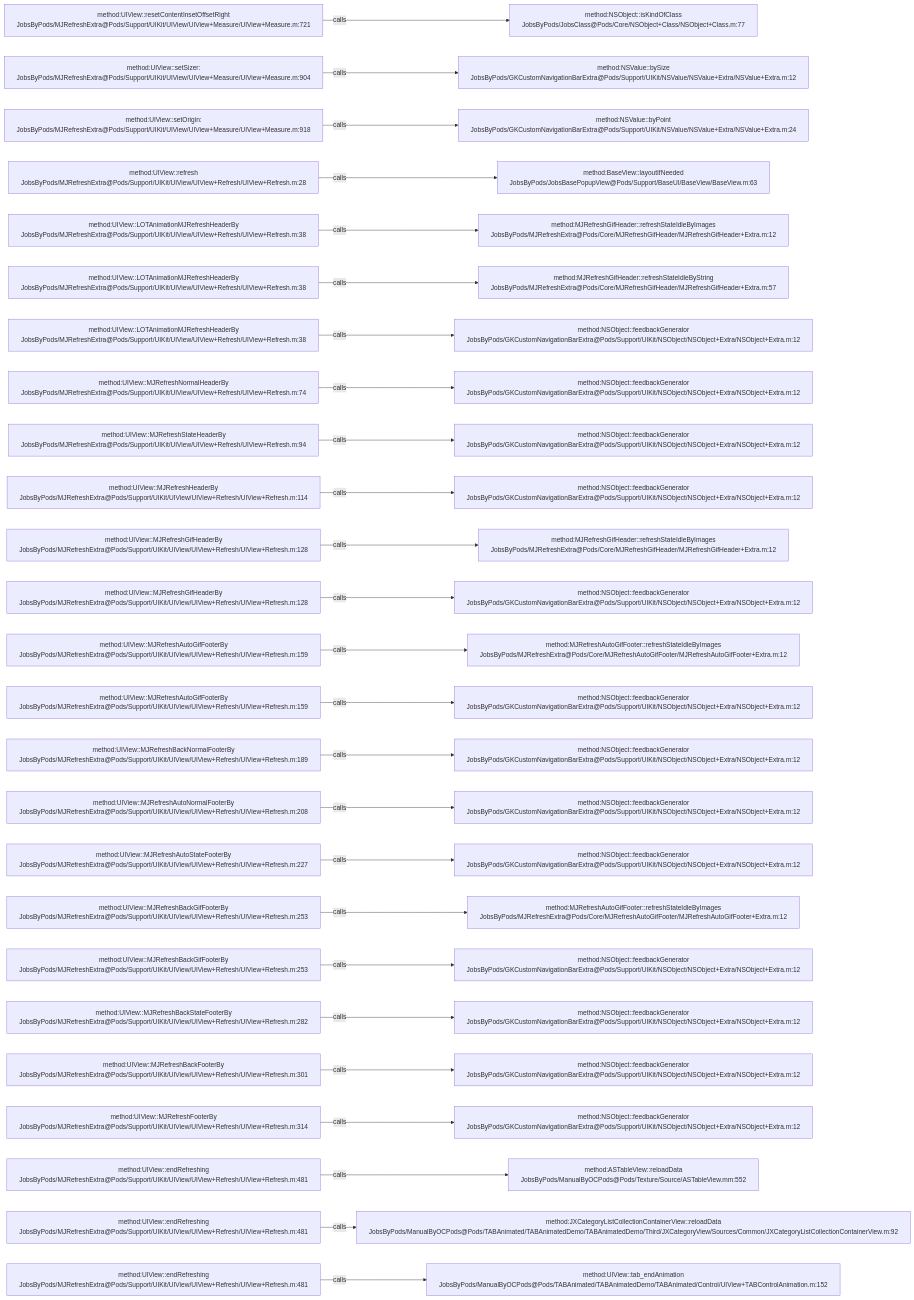
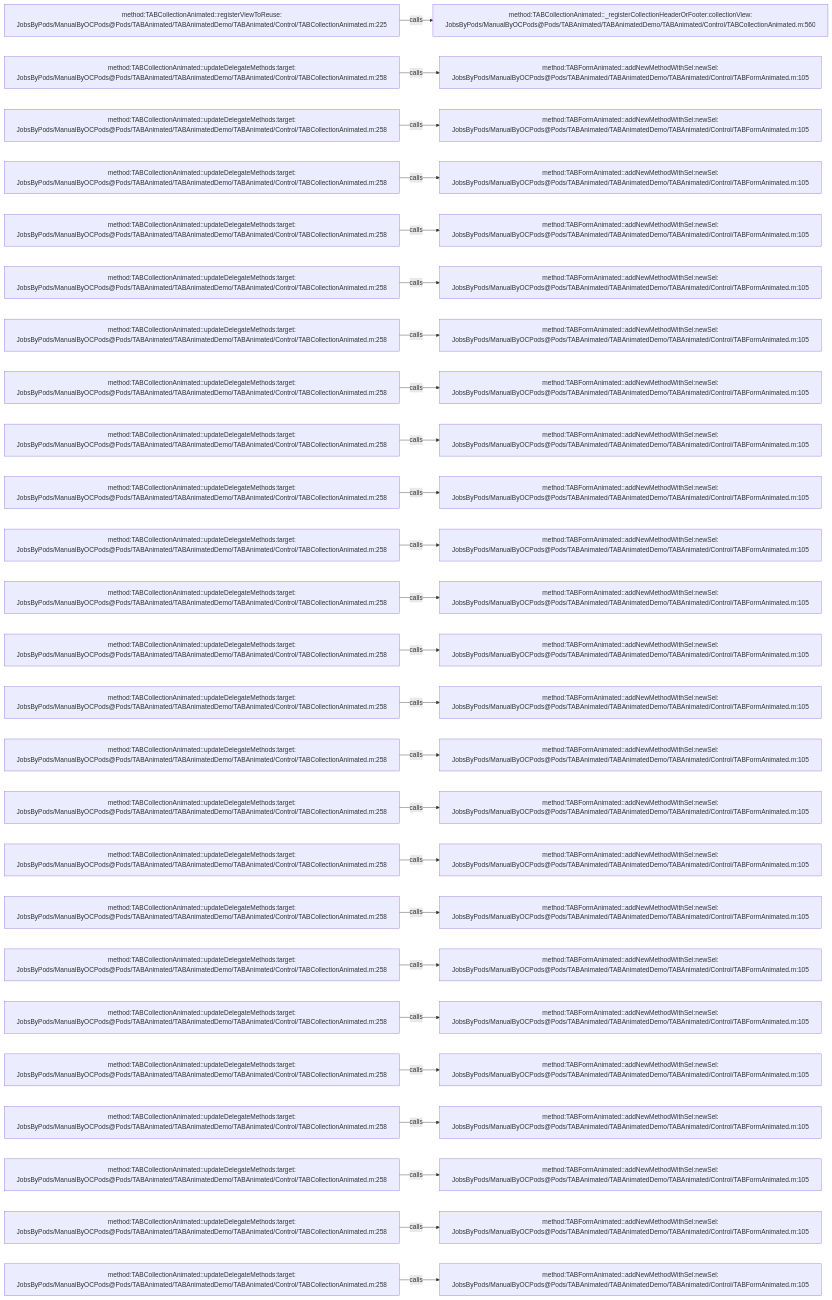
The diagram in .codegraph/codegraph.md/graphs/calls-185.md (JobsKits/JobsOCBaseConfigDemo), drawn with Mermaid before and after one commit. The commit also changed 639 other files, not shown here.

````diff
--- a/.codegraph/codegraph.md/graphs/calls-185.md
+++ b/.codegraph/codegraph.md/graphs/calls-185.md
@@ -13,78 +13,78 @@
 ```mermaid
 flowchart LR
-  S1["method:UIView::resetContentInsetOffsetRight<br/>JobsByPods/MJRefreshExtra@Pods/Support/UIKit/UIView/UIView+Measure/UIView+Measure.m:721"]
-  T1["method:NSObject::isKindOfClass<br/>JobsByPods/JobsClass@Pods/Core/NSObject+Class/NSObject+Class.m:77"]
+  S1["method:TABCollectionAnimated::registerViewToReuse:<br/>JobsByPods/ManualByOCPods@Pods/TABAnimated/TABAnimatedDemo/TABAnimated/Control/TABCollectionAnimated.m:225"]
+  T1["method:TABCollectionAnimated::_registerCollectionHeaderOrFooter:collectionView:<br/>JobsByPods/ManualByOCPods@Pods/TABAnimated/TABAnimatedDemo/TABAnimated/Control/TABCollectionAnimated.m:560"]
   S1 -->|calls| T1
-  S2["method:UIView::setSizer:<br/>JobsByPods/MJRefreshExtra@Pods/Support/UIKit/UIView/UIView+Measure/UIView+Measure.m:904"]
-  T2["method:NSValue::bySize<br/>JobsByPods/GKCustomNavigationBarExtra@Pods/Support/UIKit/NSValue/NSValue+Extra/NSValue+Extra.m:12"]
+  S2["method:TABCollectionAnimated::updateDelegateMethods:target:<br/>JobsByPods/ManualByOCPods@Pods/TABAnimated/TABAnimatedDemo/TABAnimated/Control/TABCollectionAnimated.m:258"]
+  T2["method:TABFormAnimated::addNewMethodWithSel:newSel:<br/>JobsByPods/ManualByOCPods@Pods/TABAnimated/TABAnimatedDemo/TABAnimated/Control/TABFormAnimated.m:105"]
   S2 -->|calls| T2
-  S3["method:UIView::setOrigin:<br/>JobsByPods/MJRefreshExtra@Pods/Support/UIKit/UIView/UIView+Measure/UIView+Measure.m:918"]
-  T3["method:NSValue::byPoint<br/>JobsByPods/GKCustomNavigationBarExtra@Pods/Support/UIKit/NSValue/NSValue+Extra/NSValue+Extra.m:24"]
+  S3["method:TABCollectionAnimated::updateDelegateMethods:target:<br/>JobsByPods/ManualByOCPods@Pods/TABAnimated/TABAnimatedDemo/TABAnimated/Control/TABCollectionAnimated.m:258"]
+  T3["method:TABFormAnimated::addNewMethodWithSel:newSel:<br/>JobsByPods/ManualByOCPods@Pods/TABAnimated/TABAnimatedDemo/TABAnimated/Control/TABFormAnimated.m:105"]
   S3 -->|calls| T3
-  S4["method:UIView::refresh<br/>JobsByPods/MJRefreshExtra@Pods/Support/UIKit/UIView/UIView+Refresh/UIView+Refresh.m:28"]
-  T4["method:BaseView::layoutIfNeeded<br/>JobsByPods/JobsBasePopupView@Pods/Support/BaseUI/BaseView/BaseView.m:63"]
+  S4["method:TABCollectionAnimated::updateDelegateMethods:target:<br/>JobsByPods/ManualByOCPods@Pods/TABAnimated/TABAnimatedDemo/TABAnimated/Control/TABCollectionAnimated.m:258"]
+  T4["method:TABFormAnimated::addNewMethodWithSel:newSel:<br/>JobsByPods/ManualByOCPods@Pods/TABAnimated/TABAnimatedDemo/TABAnimated/Control/TABFormAnimated.m:105"]
   S4 -->|calls| T4
-  S5["method:UIView::LOTAnimationMJRefreshHeaderBy<br/>JobsByPods/MJRefreshExtra@Pods/Support/UIKit/UIView/UIView+Refresh/UIView+Refresh.m:38"]
-  T5["method:MJRefreshGifHeader::refreshStateIdleByImages<br/>JobsByPods/MJRefreshExtra@Pods/Core/MJRefreshGifHeader/MJRefreshGifHeader+Extra.m:12"]
+  S5["method:TABCollectionAnimated::updateDelegateMethods:target:<br/>JobsByPods/ManualByOCPods@Pods/TABAnimated/TABAnimatedDemo/TABAnimated/Control/TABCollectionAnimated.m:258"]
+  T5["method:TABFormAnimated::addNewMethodWithSel:newSel:<br/>JobsByPods/ManualByOCPods@Pods/TABAnimated/TABAnimatedDemo/TABAnimated/Control/TABFormAnimated.m:105"]
   S5 -->|calls| T5
-  S6["method:UIView::LOTAnimationMJRefreshHeaderBy<br/>JobsByPods/MJRefreshExtra@Pods/Support/UIKit/UIView/UIView+Refresh/UIView+Refresh.m:38"]
-  T6["method:MJRefreshGifHeader::refreshStateIdleByString<br/>JobsByPods/MJRefreshExtra@Pods/Core/MJRefreshGifHeader/MJRefreshGifHeader+Extra.m:57"]
+  S6["method:TABCollectionAnimated::updateDelegateMethods:target:<br/>JobsByPods/ManualByOCPods@Pods/TABAnimated/TABAnimatedDemo/TABAnimated/Control/TABCollectionAnimated.m:258"]
+  T6["method:TABFormAnimated::addNewMethodWithSel:newSel:<br/>JobsByPods/ManualByOCPods@Pods/TABAnimated/TABAnimatedDemo/TABAnimated/Control/TABFormAnimated.m:105"]
   S6 -->|calls| T6
-  S7["method:UIView::LOTAnimationMJRefreshHeaderBy<br/>JobsByPods/MJRefreshExtra@Pods/Support/UIKit/UIView/UIView+Refresh/UIView+Refresh.m:38"]
-  T7["method:NSObject::feedbackGenerator<br/>JobsByPods/GKCustomNavigationBarExtra@Pods/Support/UIKit/NSObject/NSObject+Extra/NSObject+Extra.m:12"]
+  S7["method:TABCollectionAnimated::updateDelegateMethods:target:<br/>JobsByPods/ManualByOCPods@Pods/TABAnimated/TABAnimatedDemo/TABAnimated/Control/TABCollectionAnimated.m:258"]
+  T7["method:TABFormAnimated::addNewMethodWithSel:newSel:<br/>JobsByPods/ManualByOCPods@Pods/TABAnimated/TABAnimatedDemo/TABAnimated/Control/TABFormAnimated.m:105"]
   S7 -->|calls| T7
-  S8["method:UIView::MJRefreshNormalHeaderBy<br/>JobsByPods/MJRefreshExtra@Pods/Support/UIKit/UIView/UIView+Refresh/UIView+Refresh.m:74"]
-  T8["method:NSObject::feedbackGenerator<br/>JobsByPods/GKCustomNavigationBarExtra@Pods/Support/UIKit/NSObject/NSObject+Extra/NSObject+Extra.m:12"]
+  S8["method:TABCollectionAnimated::updateDelegateMethods:target:<br/>JobsByPods/ManualByOCPods@Pods/TABAnimated/TABAnimatedDemo/TABAnimated/Control/TABCollectionAnimated.m:258"]
+  T8["method:TABFormAnimated::addNewMethodWithSel:newSel:<br/>JobsByPods/ManualByOCPods@Pods/TABAnimated/TABAnimatedDemo/TABAnimated/Control/TABFormAnimated.m:105"]
   S8 -->|calls| T8
-  S9["method:UIView::MJRefreshStateHeaderBy<br/>JobsByPods/MJRefreshExtra@Pods/Support/UIKit/UIView/UIView+Refresh/UIView+Refresh.m:94"]
-  T9["method:NSObject::feedbackGenerator<br/>JobsByPods/GKCustomNavigationBarExtra@Pods/Support/UIKit/NSObject/NSObject+Extra/NSObject+Extra.m:12"]
+  S9["method:TABCollectionAnimated::updateDelegateMethods:target:<br/>JobsByPods/ManualByOCPods@Pods/TABAnimated/TABAnimatedDemo/TABAnimated/Control/TABCollectionAnimated.m:258"]
+  T9["method:TABFormAnimated::addNewMethodWithSel:newSel:<br/>JobsByPods/ManualByOCPods@Pods/TABAnimated/TABAnimatedDemo/TABAnimated/Control/TABFormAnimated.m:105"]
   S9 -->|calls| T9
-  S10["method:UIView::MJRefreshHeaderBy<br/>JobsByPods/MJRefreshExtra@Pods/Support/UIKit/UIView/UIView+Refresh/UIView+Refresh.m:114"]
-  T10["method:NSObject::feedbackGenerator<br/>JobsByPods/GKCustomNavigationBarExtra@Pods/Support/UIKit/NSObject/NSObject+Extra/NSObject+Extra.m:12"]
+  S10["method:TABCollectionAnimated::updateDelegateMethods:target:<br/>JobsByPods/ManualByOCPods@Pods/TABAnimated/TABAnimatedDemo/TABAnimated/Control/TABCollectionAnimated.m:258"]
+  T10["method:TABFormAnimated::addNewMethodWithSel:newSel:<br/>JobsByPods/ManualByOCPods@Pods/TABAnimated/TABAnimatedDemo/TABAnimated/Control/TABFormAnimated.m:105"]
   S10 -->|calls| T10
-  S11["method:UIView::MJRefreshGifHeaderBy<br/>JobsByPods/MJRefreshExtra@Pods/Support/UIKit/UIView/UIView+Refresh/UIView+Refresh.m:128"]
-  T11["method:MJRefreshGifHeader::refreshStateIdleByImages<br/>JobsByPods/MJRefreshExtra@Pods/Core/MJRefreshGifHeader/MJRefreshGifHeader+Extra.m:12"]
+  S11["method:TABCollectionAnimated::updateDelegateMethods:target:<br/>JobsByPods/ManualByOCPods@Pods/TABAnimated/TABAnimatedDemo/TABAnimated/Control/TABCollectionAnimated.m:258"]
+  T11["method:TABFormAnimated::addNewMethodWithSel:newSel:<br/>JobsByPods/ManualByOCPods@Pods/TABAnimated/TABAnimatedDemo/TABAnimated/Control/TABFormAnimated.m:105"]
   S11 -->|calls| T11
-  S12["method:UIView::MJRefreshGifHeaderBy<br/>JobsByPods/MJRefreshExtra@Pods/Support/UIKit/UIView/UIView+Refresh/UIView+Refresh.m:128"]
-  T12["method:NSObject::feedbackGenerator<br/>JobsByPods/GKCustomNavigationBarExtra@Pods/Support/UIKit/NSObject/NSObject+Extra/NSObject+Extra.m:12"]
+  S12["method:TABCollectionAnimated::updateDelegateMethods:target:<br/>JobsByPods/ManualByOCPods@Pods/TABAnimated/TABAnimatedDemo/TABAnimated/Control/TABCollectionAnimated.m:258"]
+  T12["method:TABFormAnimated::addNewMethodWithSel:newSel:<br/>JobsByPods/ManualByOCPods@Pods/TABAnimated/TABAnimatedDemo/TABAnimated/Control/TABFormAnimated.m:105"]
   S12 -->|calls| T12
-  S13["method:UIView::MJRefreshAutoGifFooterBy<br/>JobsByPods/MJRefreshExtra@Pods/Support/UIKit/UIView/UIView+Refresh/UIView+Refresh.m:159"]
-  T13["method:MJRefreshAutoGifFooter::refreshStateIdleByImages<br/>JobsByPods/MJRefreshExtra@Pods/Core/MJRefreshAutoGifFooter/MJRefreshAutoGifFooter+Extra.m:12"]
+  S13["method:TABCollectionAnimated::updateDelegateMethods:target:<br/>JobsByPods/ManualByOCPods@Pods/TABAnimated/TABAnimatedDemo/TABAnimated/Control/TABCollectionAnimated.m:258"]
+  T13["method:TABFormAnimated::addNewMethodWithSel:newSel:<br/>JobsByPods/ManualByOCPods@Pods/TABAnimated/TABAnimatedDemo/TABAnimated/Control/TABFormAnimated.m:105"]
   S13 -->|calls| T13
-  S14["method:UIView::MJRefreshAutoGifFooterBy<br/>JobsByPods/MJRefreshExtra@Pods/Support/UIKit/UIView/UIView+Refresh/UIView+Refresh.m:159"]
-  T14["method:NSObject::feedbackGenerator<br/>JobsByPods/GKCustomNavigationBarExtra@Pods/Support/UIKit/NSObject/NSObject+Extra/NSObject+Extra.m:12"]
+  S14["method:TABCollectionAnimated::updateDelegateMethods:target:<br/>JobsByPods/ManualByOCPods@Pods/TABAnimated/TABAnimatedDemo/TABAnimated/Control/TABCollectionAnimated.m:258"]
+  T14["method:TABFormAnimated::addNewMethodWithSel:newSel:<br/>JobsByPods/ManualByOCPods@Pods/TABAnimated/TABAnimatedDemo/TABAnimated/Control/TABFormAnimated.m:105"]
   S14 -->|calls| T14
-  S15["method:UIView::MJRefreshBackNormalFooterBy<br/>JobsByPods/MJRefreshExtra@Pods/Support/UIKit/UIView/UIView+Refresh/UIView+Refresh.m:189"]
-  T15["method:NSObject::feedbackGenerator<br/>JobsByPods/GKCustomNavigationBarExtra@Pods/Support/UIKit/NSObject/NSObject+Extra/NSObject+Extra.m:12"]
+  S15["method:TABCollectionAnimated::updateDelegateMethods:target:<br/>JobsByPods/ManualByOCPods@Pods/TABAnimated/TABAnimatedDemo/TABAnimated/Control/TABCollectionAnimated.m:258"]
+  T15["method:TABFormAnimated::addNewMethodWithSel:newSel:<br/>JobsByPods/ManualByOCPods@Pods/TABAnimated/TABAnimatedDemo/TABAnimated/Control/TABFormAnimated.m:105"]
   S15 -->|calls| T15
-  S16["method:UIView::MJRefreshAutoNormalFooterBy<br/>JobsByPods/MJRefreshExtra@Pods/Support/UIKit/UIView/UIView+Refresh/UIView+Refresh.m:208"]
-  T16["method:NSObject::feedbackGenerator<br/>JobsByPods/GKCustomNavigationBarExtra@Pods/Support/UIKit/NSObject/NSObject+Extra/NSObject+Extra.m:12"]
+  S16["method:TABCollectionAnimated::updateDelegateMethods:target:<br/>JobsByPods/ManualByOCPods@Pods/TABAnimated/TABAnimatedDemo/TABAnimated/Control/TABCollectionAnimated.m:258"]
+  T16["method:TABFormAnimated::addNewMethodWithSel:newSel:<br/>JobsByPods/ManualByOCPods@Pods/TABAnimated/TABAnimatedDemo/TABAnimated/Control/TABFormAnimated.m:105"]
   S16 -->|calls| T16
-  S17["method:UIView::MJRefreshAutoStateFooterBy<br/>JobsByPods/MJRefreshExtra@Pods/Support/UIKit/UIView/UIView+Refresh/UIView+Refresh.m:227"]
-  T17["method:NSObject::feedbackGenerator<br/>JobsByPods/GKCustomNavigationBarExtra@Pods/Support/UIKit/NSObject/NSObject+Extra/NSObject+Extra.m:12"]
+  S17["method:TABCollectionAnimated::updateDelegateMethods:target:<br/>JobsByPods/ManualByOCPods@Pods/TABAnimated/TABAnimatedDemo/TABAnimated/Control/TABCollectionAnimated.m:258"]
+  T17["method:TABFormAnimated::addNewMethodWithSel:newSel:<br/>JobsByPods/ManualByOCPods@Pods/TABAnimated/TABAnimatedDemo/TABAnimated/Control/TABFormAnimated.m:105"]
   S17 -->|calls| T17
-  S18["method:UIView::MJRefreshBackGifFooterBy<br/>JobsByPods/MJRefreshExtra@Pods/Support/UIKit/UIView/UIView+Refresh/UIView+Refresh.m:253"]
-  T18["method:MJRefreshAutoGifFooter::refreshStateIdleByImages<br/>JobsByPods/MJRefreshExtra@Pods/Core/MJRefreshAutoGifFooter/MJRefreshAutoGifFooter+Extra.m:12"]
+  S18["method:TABCollectionAnimated::updateDelegateMethods:target:<br/>JobsByPods/ManualByOCPods@Pods/TABAnimated/TABAnimatedDemo/TABAnimated/Control/TABCollectionAnimated.m:258"]
+  T18["method:TABFormAnimated::addNewMethodWithSel:newSel:<br/>JobsByPods/ManualByOCPods@Pods/TABAnimated/TABAnimatedDemo/TABAnimated/Control/TABFormAnimated.m:105"]
   S18 -->|calls| T18
-  S19["method:UIView::MJRefreshBackGifFooterBy<br/>JobsByPods/MJRefreshExtra@Pods/Support/UIKit/UIView/UIView+Refresh/UIView+Refresh.m:253"]
-  T19["method:NSObject::feedbackGenerator<br/>JobsByPods/GKCustomNavigationBarExtra@Pods/Support/UIKit/NSObject/NSObject+Extra/NSObject+Extra.m:12"]
+  S19["method:TABCollectionAnimated::updateDelegateMethods:target:<br/>JobsByPods/ManualByOCPods@Pods/TABAnimated/TABAnimatedDemo/TABAnimated/Control/TABCollectionAnimated.m:258"]
+  T19["method:TABFormAnimated::addNewMethodWithSel:newSel:<br/>JobsByPods/ManualByOCPods@Pods/TABAnimated/TABAnimatedDemo/TABAnimated/Control/TABFormAnimated.m:105"]
   S19 -->|calls| T19
-  S20["method:UIView::MJRefreshBackStateFooterBy<br/>JobsByPods/MJRefreshExtra@Pods/Support/UIKit/UIView/UIView+Refresh/UIView+Refresh.m:282"]
-  T20["method:NSObject::feedbackGenerator<br/>JobsByPods/GKCustomNavigationBarExtra@Pods/Support/UIKit/NSObject/NSObject+Extra/NSObject+Extra.m:12"]
+  S20["method:TABCollectionAnimated::updateDelegateMethods:target:<br/>JobsByPods/ManualByOCPods@Pods/TABAnimated/TABAnimatedDemo/TABAnimated/Control/TABCollectionAnimated.m:258"]
+  T20["method:TABFormAnimated::addNewMethodWithSel:newSel:<br/>JobsByPods/ManualByOCPods@Pods/TABAnimated/TABAnimatedDemo/TABAnimated/Control/TABFormAnimated.m:105"]
   S20 -->|calls| T20
-  S21["method:UIView::MJRefreshBackFooterBy<br/>JobsByPods/MJRefreshExtra@Pods/Support/UIKit/UIView/UIView+Refresh/UIView+Refresh.m:301"]
-  T21["method:NSObject::feedbackGenerator<br/>JobsByPods/GKCustomNavigationBarExtra@Pods/Support/UIKit/NSObject/NSObject+Extra/NSObject+Extra.m:12"]
+  S21["method:TABCollectionAnimated::updateDelegateMethods:target:<br/>JobsByPods/ManualByOCPods@Pods/TABAnimated/TABAnimatedDemo/TABAnimated/Control/TABCollectionAnimated.m:258"]
+  T21["method:TABFormAnimated::addNewMethodWithSel:newSel:<br/>JobsByPods/ManualByOCPods@Pods/TABAnimated/TABAnimatedDemo/TABAnimated/Control/TABFormAnimated.m:105"]
   S21 -->|calls| T21
-  S22["method:UIView::MJRefreshFooterBy<br/>JobsByPods/MJRefreshExtra@Pods/Support/UIKit/UIView/UIView+Refresh/UIView+Refresh.m:314"]
-  T22["method:NSObject::feedbackGenerator<br/>JobsByPods/GKCustomNavigationBarExtra@Pods/Support/UIKit/NSObject/NSObject+Extra/NSObject+Extra.m:12"]
+  S22["method:TABCollectionAnimated::updateDelegateMethods:target:<br/>JobsByPods/ManualByOCPods@Pods/TABAnimated/TABAnimatedDemo/TABAnimated/Control/TABCollectionAnimated.m:258"]
+  T22["method:TABFormAnimated::addNewMethodWithSel:newSel:<br/>JobsByPods/ManualByOCPods@Pods/TABAnimated/TABAnimatedDemo/TABAnimated/Control/TABFormAnimated.m:105"]
   S22 -->|calls| T22
-  S23["method:UIView::endRefreshing<br/>JobsByPods/MJRefreshExtra@Pods/Support/UIKit/UIView/UIView+Refresh/UIView+Refresh.m:481"]
-  T23["method:ASTableView::reloadData<br/>JobsByPods/ManualByOCPods@Pods/Texture/Source/ASTableView.mm:552"]
+  S23["method:TABCollectionAnimated::updateDelegateMethods:target:<br/>JobsByPods/ManualByOCPods@Pods/TABAnimated/TABAnimatedDemo/TABAnimated/Control/TABCollectionAnimated.m:258"]
+  T23["method:TABFormAnimated::addNewMethodWithSel:newSel:<br/>JobsByPods/ManualByOCPods@Pods/TABAnimated/TABAnimatedDemo/TABAnimated/Control/TABFormAnimated.m:105"]
   S23 -->|calls| T23
-  S24["method:UIView::endRefreshing<br/>JobsByPods/MJRefreshExtra@Pods/Support/UIKit/UIView/UIView+Refresh/UIView+Refresh.m:481"]
-  T24["method:JXCategoryListCollectionContainerView::reloadData<br/>JobsByPods/ManualByOCPods@Pods/TABAnimated/TABAnimatedDemo/TABAnimatedDemo/Third/JXCategoryView/Sources/Common/JXCategoryListCollectionContainerView.m:92"]
+  S24["method:TABCollectionAnimated::updateDelegateMethods:target:<br/>JobsByPods/ManualByOCPods@Pods/TABAnimated/TABAnimatedDemo/TABAnimated/Control/TABCollectionAnimated.m:258"]
+  T24["method:TABFormAnimated::addNewMethodWithSel:newSel:<br/>JobsByPods/ManualByOCPods@Pods/TABAnimated/TABAnimatedDemo/TABAnimated/Control/TABFormAnimated.m:105"]
   S24 -->|calls| T24
-  S25["method:UIView::endRefreshing<br/>JobsByPods/MJRefreshExtra@Pods/Support/UIKit/UIView/UIView+Refresh/UIView+Refresh.m:481"]
-  T25["method:UIView::tab_endAnimation<br/>JobsByPods/ManualByOCPods@Pods/TABAnimated/TABAnimatedDemo/TABAnimated/Control/UIView+TABControlAnimation.m:152"]
+  S25["method:TABCollectionAnimated::updateDelegateMethods:target:<br/>JobsByPods/ManualByOCPods@Pods/TABAnimated/TABAnimatedDemo/TABAnimated/Control/TABCollectionAnimated.m:258"]
+  T25["method:TABFormAnimated::addNewMethodWithSel:newSel:<br/>JobsByPods/ManualByOCPods@Pods/TABAnimated/TABAnimatedDemo/TABAnimated/Control/TABFormAnimated.m:105"]
   S25 -->|calls| T25
 ```
````
